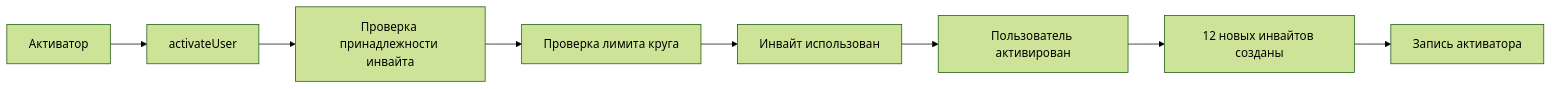
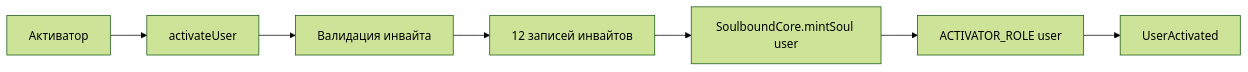
One commit to ViralLove/amanita changed the second of 4 diagrams in contracts/docs/SpiralEngine.md. Above: the diagram before and after it, drawn with Mermaid (forest theme). The commit also changed other lines of this file and 2 other files, not shown here.

First line of the commit message:
docs(contracts): SBT-INV-1 invites as log, soul on activation, MINTER_ROLE

````diff
--- a/contracts/docs/SpiralEngine.md
+++ b/contracts/docs/SpiralEngine.md
@@ -485,10 +459,9 @@
 ```mermaid
 graph LR
     A[Активатор] --> B[activateUser]
-    B --> C[Проверка принадлежности инвайта]
-    C --> D[Проверка лимита круга]
-    D --> E[Инвайт использован]
-    E --> F[Пользователь активирован]
-    F --> G[12 новых инвайтов созданы]
-    G --> H[Запись активатора]
+    B --> C[Валидация инвайта]
+    C --> D[12 записей инвайтов]
+    D --> E[SoulboundCore.mintSoul user]
+    E --> F[ACTIVATOR_ROLE user]
+    F --> G[UserActivated]
 ```
````
